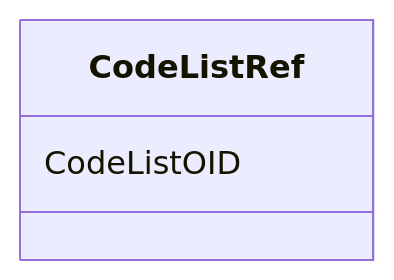
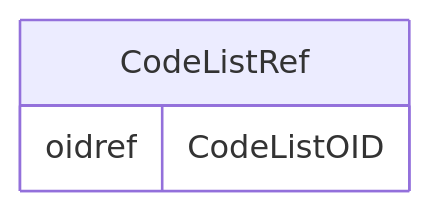
One commit to cdisc-org/DataExchange-ODM-LinkML changed the diagram in docs/CodeListRef.md. Above: the diagram before and after it, drawn with Mermaid. The commit also changed other lines of this file and 181 other files, not shown here.

Commit message:
ER diagrams working via templates and removing names with underscores

````diff
--- a/docs/CodeListRef.md
+++ b/docs/CodeListRef.md
@@ -14,7 +11,9 @@
 ```mermaid
- classDiagram
-    class CodeListRef
-      CodeListRef : CodeListOID
-        
-      
+erDiagram
+CodeListRef {
+    oidref CodeListOID  
+}
+
+
+
 ```
````
